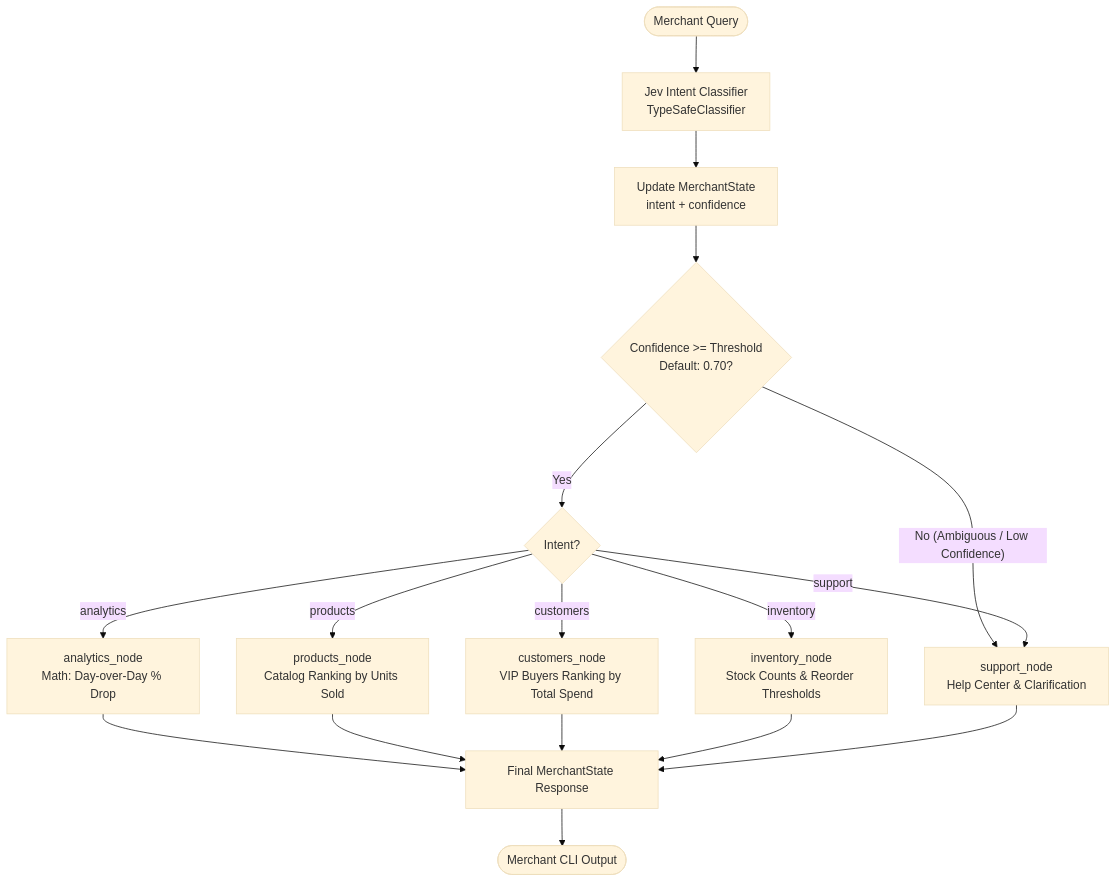
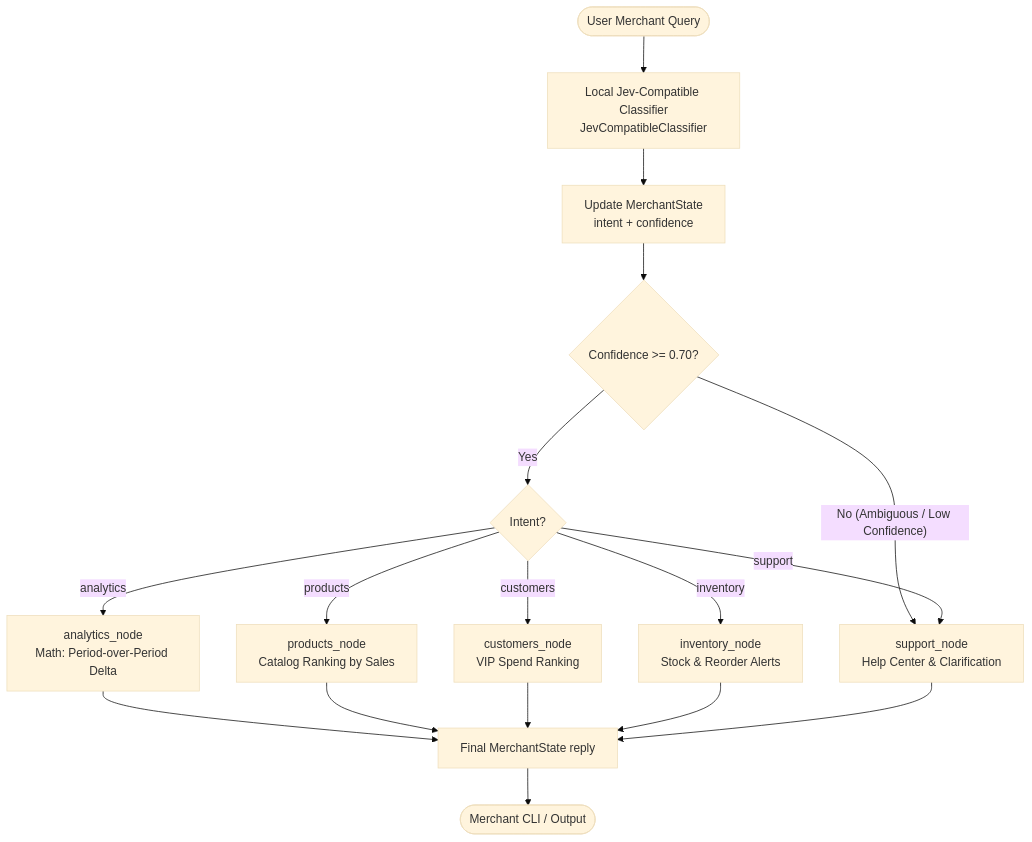
One commit to atleekumaar/merchant-intelligence-router changed the diagram in README.md. Above: the diagram before and after it, drawn with Mermaid (base theme). The commit also changed other lines of this file and 10 other files, not shown here.

Commit message:
feat: implement Jev-compatible local classifier with TF-IDF, explain mode, BaseIntentClassifier abstraction, and 54 passing tests

````diff
--- a/README.md
+++ b/README.md
@@ -57,22 +69,22 @@
 ```mermaid
 flowchart TD
-    User([Merchant Query]) --> Jev[Jev Intent Classifier\nTypeSafeClassifier]
-    Jev --> State[Update MerchantState\nintent + confidence]
-    State --> Gate{Confidence >= Threshold\nDefault: 0.70?}
+    User([User Merchant Query]) --> LocalJev[Local Jev-Compatible Classifier\nJevCompatibleClassifier]
+    LocalJev --> State[Update MerchantState\nintent + confidence]
+    State --> Gate{Confidence >= 0.70?}
     
     Gate -- No (Ambiguous / Low Confidence) --> SupportNode[support_node\nHelp Center & Clarification]
     Gate -- Yes --> Router{Intent?}
     
-    Router -- analytics --> AnalyticsNode[analytics_node\nMath: Day-over-Day % Drop]
-    Router -- products --> ProductsNode[products_node\nCatalog Ranking by Units Sold]
-    Router -- customers --> CustomersNode[customers_node\nVIP Buyers Ranking by Total Spend]
-    Router -- inventory --> InventoryNode[inventory_node\nStock Counts & Reorder Thresholds]
+    Router -- analytics --> AnalyticsNode[analytics_node\nMath: Period-over-Period Delta]
+    Router -- products --> ProductsNode[products_node\nCatalog Ranking by Sales]
+    Router -- customers --> CustomersNode[customers_node\nVIP Spend Ranking]
+    Router -- inventory --> InventoryNode[inventory_node\nStock & Reorder Alerts]
     Router -- support --> SupportNode
     
-    AnalyticsNode --> FinalState[Final MerchantState Response]
+    AnalyticsNode --> FinalState[Final MerchantState reply]
     ProductsNode --> FinalState
     CustomersNode --> FinalState
     InventoryNode --> FinalState
     SupportNode --> FinalState
-    FinalState --> CLI([Merchant CLI Output])
+    FinalState --> CLI([Merchant CLI / Output])
 ```
````
